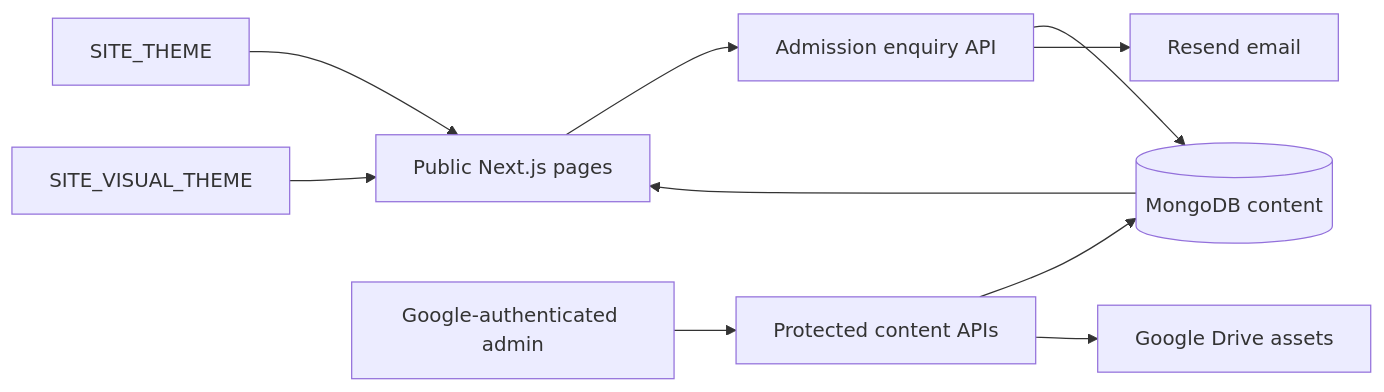
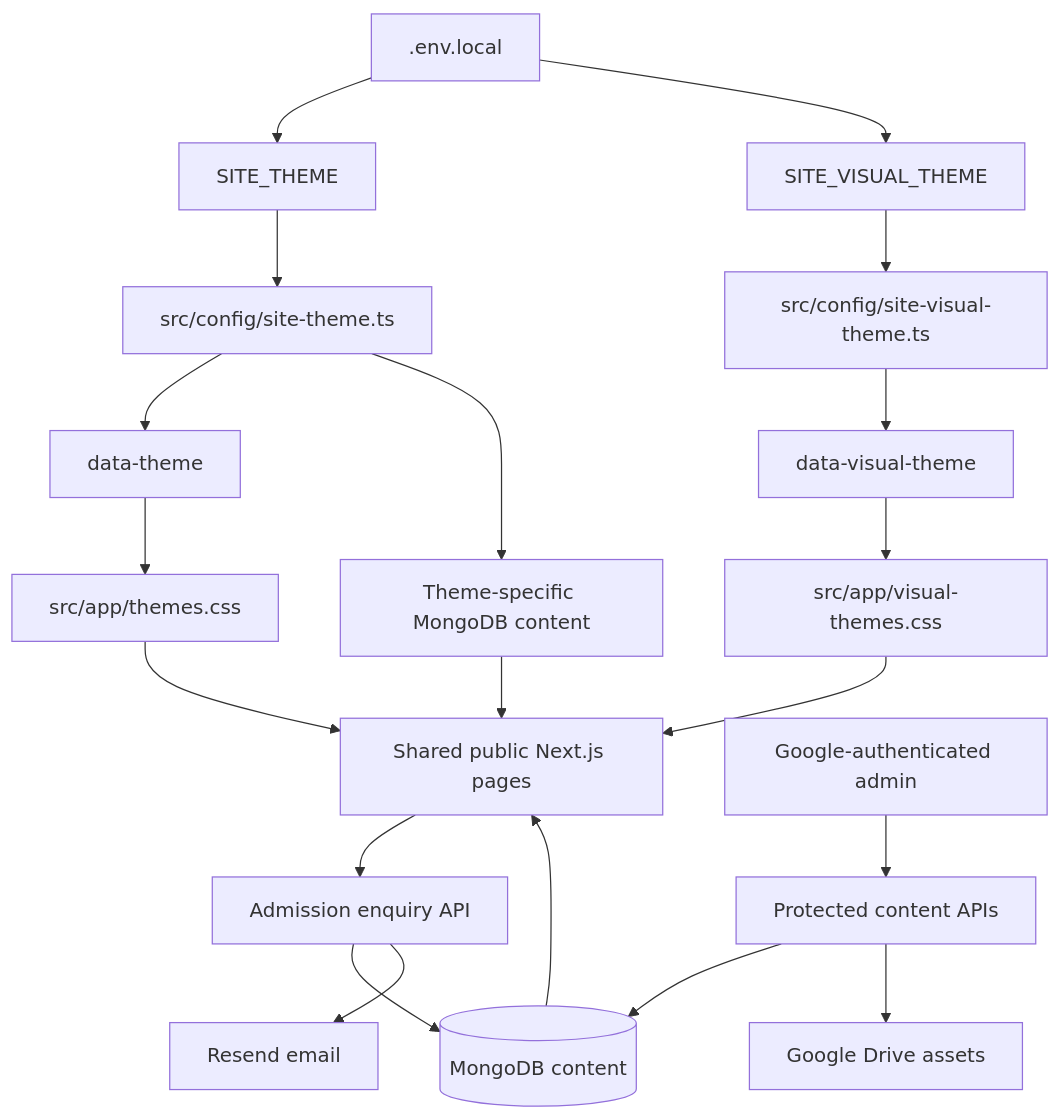
The diagram in README.md (dariakimberly4-netizen/EduCanvas), drawn with Mermaid before and after one commit. The commit also changed other lines of this file, not shown here.

Commit message:
docs: expand theme architecture

````diff
--- a/README.md
+++ b/README.md
@@ -105,12 +105,22 @@
 ```mermaid
-flowchart LR
-  Identity[SITE_THEME] --> Public[Public Next.js pages]
-  Layout[SITE_VISUAL_THEME] --> Public
+flowchart TD
+  Env[.env.local] --> Identity[SITE_THEME]
+  Env --> Layout[SITE_VISUAL_THEME]
+  Identity --> IdentityConfig[src/config/site-theme.ts]
+  Layout --> LayoutConfig[src/config/site-visual-theme.ts]
+  IdentityConfig --> ThemeAttribute[data-theme]
+  IdentityConfig --> ContentKey[Theme-specific MongoDB content]
+  LayoutConfig --> LayoutAttribute[data-visual-theme]
+  ThemeAttribute --> ThemeCSS[src/app/themes.css]
+  LayoutAttribute --> LayoutCSS[src/app/visual-themes.css]
+  ThemeCSS --> Public[Shared public Next.js pages]
+  LayoutCSS --> Public
+  ContentKey --> Public
   Admin[Google-authenticated admin] --> API[Protected content APIs]
   API --> Mongo[(MongoDB content)]
   API --> Drive[Google Drive assets]
   Public --> Enquiry[Admission enquiry API]
   Enquiry --> Mongo
   Enquiry --> Resend[Resend email]
   Mongo --> Public
 ```
````
